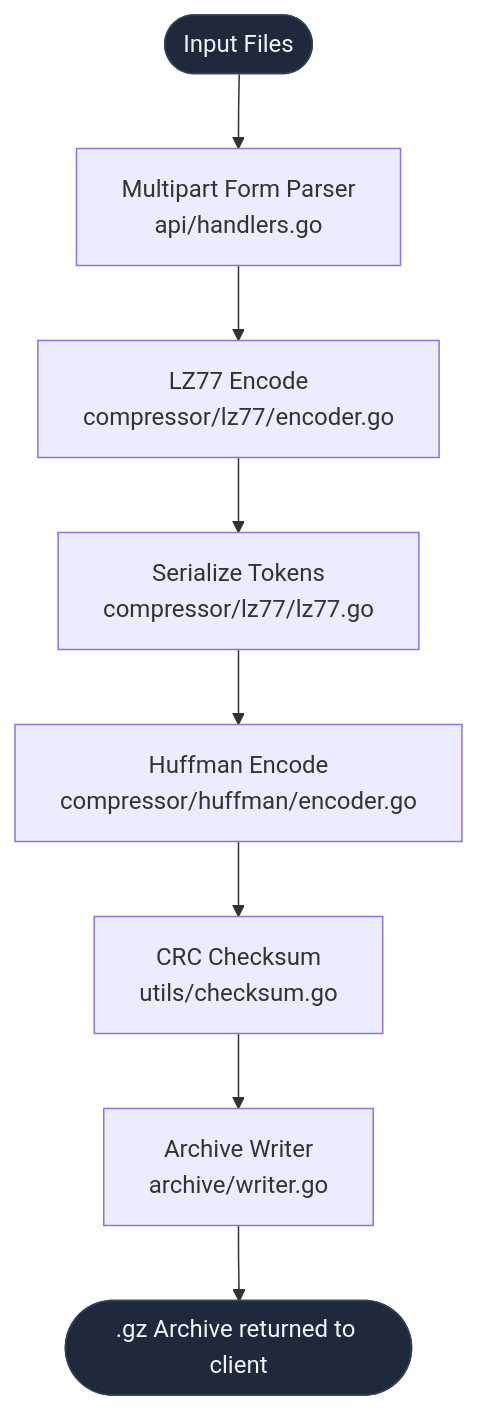
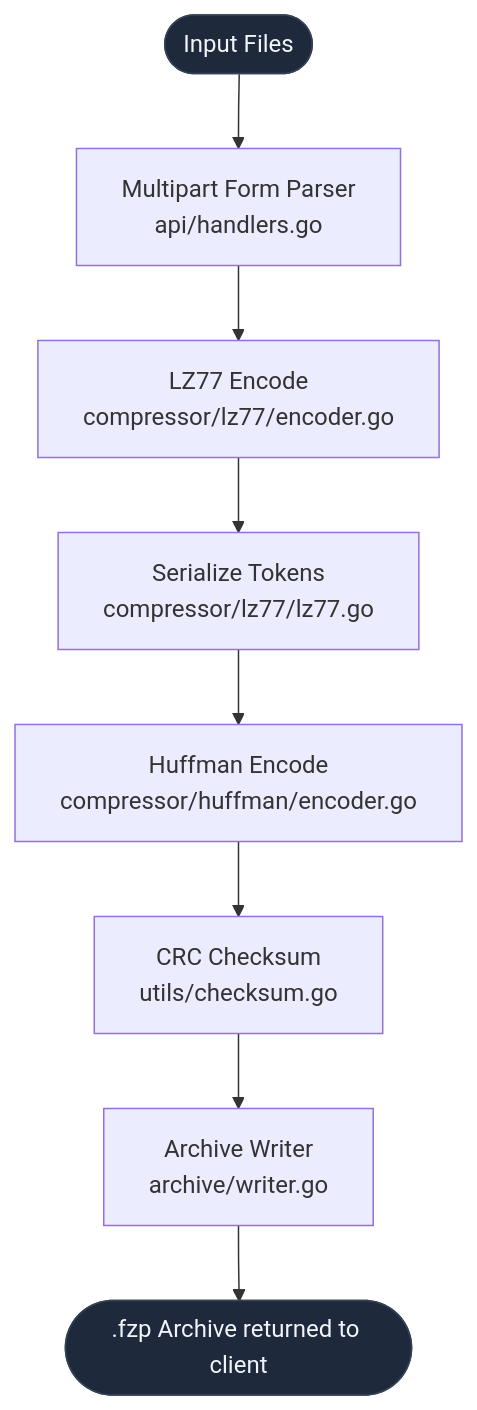
One commit to prathmesh-d-glitch/go-zipper changed the first of 3 diagrams in README.md. Above: the diagram before and after it, drawn with Mermaid.

````diff
--- a/README.md
+++ b/README.md
@@ -70,13 +70,13 @@
 ```mermaid
 flowchart TD
     A([Input Files]) --> B[Multipart Form Parser\napi/handlers.go]
     B --> C[LZ77 Encode\ncompressor/lz77/encoder.go]
     C --> D[Serialize Tokens\ncompressor/lz77/lz77.go]
     D --> E[Huffman Encode\ncompressor/huffman/encoder.go]
     E --> F[CRC Checksum\nutils/checksum.go]
     F --> G[Archive Writer\narchive/writer.go]
-    G --> H([.gz Archive returned to client])
+    G --> H([.fzp Archive returned to client])
 
     style A fill:#1e293b,color:#f1f5f9,stroke:#334155
     style H fill:#1e293b,color:#f1f5f9,stroke:#334155
 ```
````
